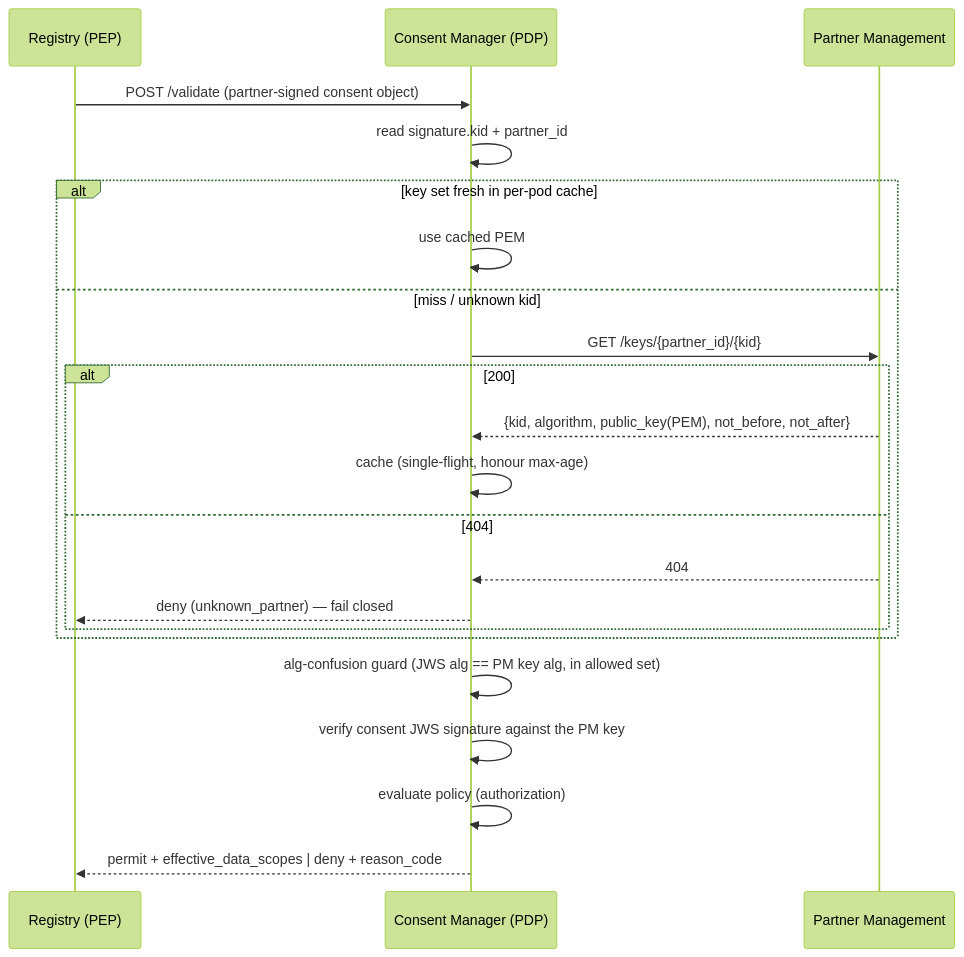
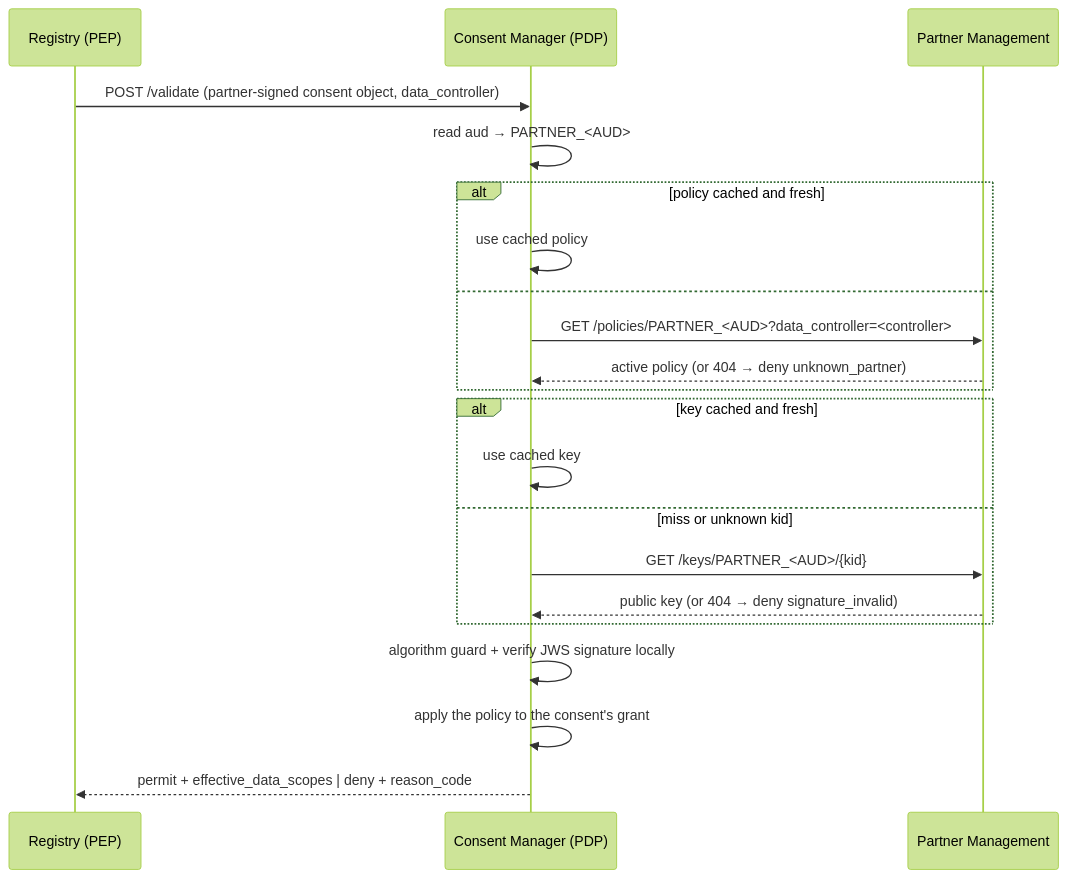
One commit to OpenG2P/openg2p-documentation changed the diagram in consent-management/design/partner-management-integration.md. Above: the diagram before and after it, drawn with Mermaid (forest theme). The commit also changed other lines of this file and 74 other files, not shown here.

````diff
--- a/consent-management/design/partner-management-integration.md
+++ b/consent-management/design/partner-management-integration.md
@@ -112,24 +130,23 @@
 ```mermaid
 sequenceDiagram
   participant R as Registry (PEP)
   participant CM as Consent Manager (PDP)
   participant PM as Partner Management
-  R->>CM: POST /validate (partner-signed consent object)
-  CM->>CM: read signature.kid + partner_id
-  alt key set fresh in per-pod cache
-    CM->>CM: use cached PEM
-  else miss / unknown kid
-    CM->>PM: GET /keys/{partner_id}/{kid}
-    alt 200
-      PM-->>CM: {kid, algorithm, public_key(PEM), not_before, not_after}
-      CM->>CM: cache (single-flight, honour max-age)
-    else 404
-      PM-->>CM: 404
-      CM-->>R: deny (unknown_partner) — fail closed
-    end
+  R->>CM: POST /validate (partner-signed consent object, data_controller)
+  CM->>CM: read aud → PARTNER_<AUD>
+  alt policy cached and fresh
+    CM->>CM: use cached policy
+  else
+    CM->>PM: GET /policies/PARTNER_<AUD>?data_controller=<controller>
+    PM-->>CM: active policy (or 404 → deny unknown_partner)
   end
-  CM->>CM: alg-confusion guard (JWS alg == PM key alg, in allowed set)
-  CM->>CM: verify consent JWS signature against the PM key
-  CM->>CM: evaluate policy (authorization)
+  alt key cached and fresh
+    CM->>CM: use cached key
+  else miss or unknown kid
+    CM->>PM: GET /keys/PARTNER_<AUD>/{kid}
+    PM-->>CM: public key (or 404 → deny signature_invalid)
+  end
+  CM->>CM: algorithm guard + verify JWS signature locally
+  CM->>CM: apply the policy to the consent's grant
   CM-->>R: permit + effective_data_scopes  |  deny + reason_code
 ```
````
